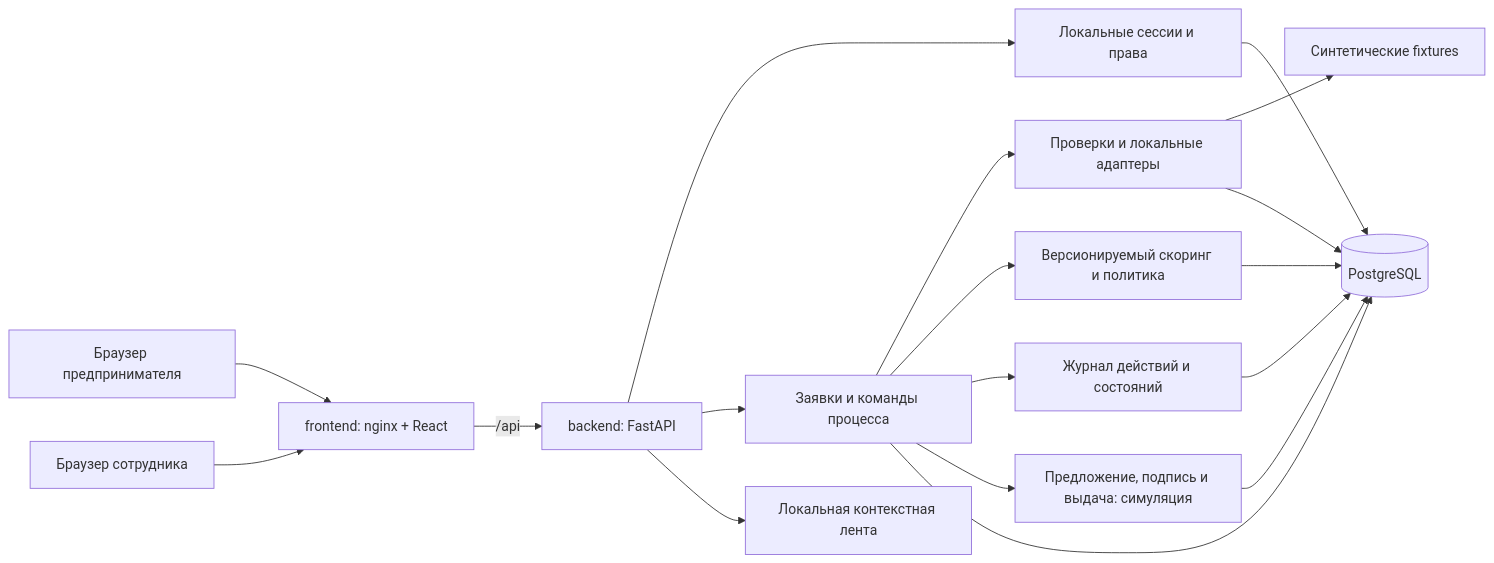
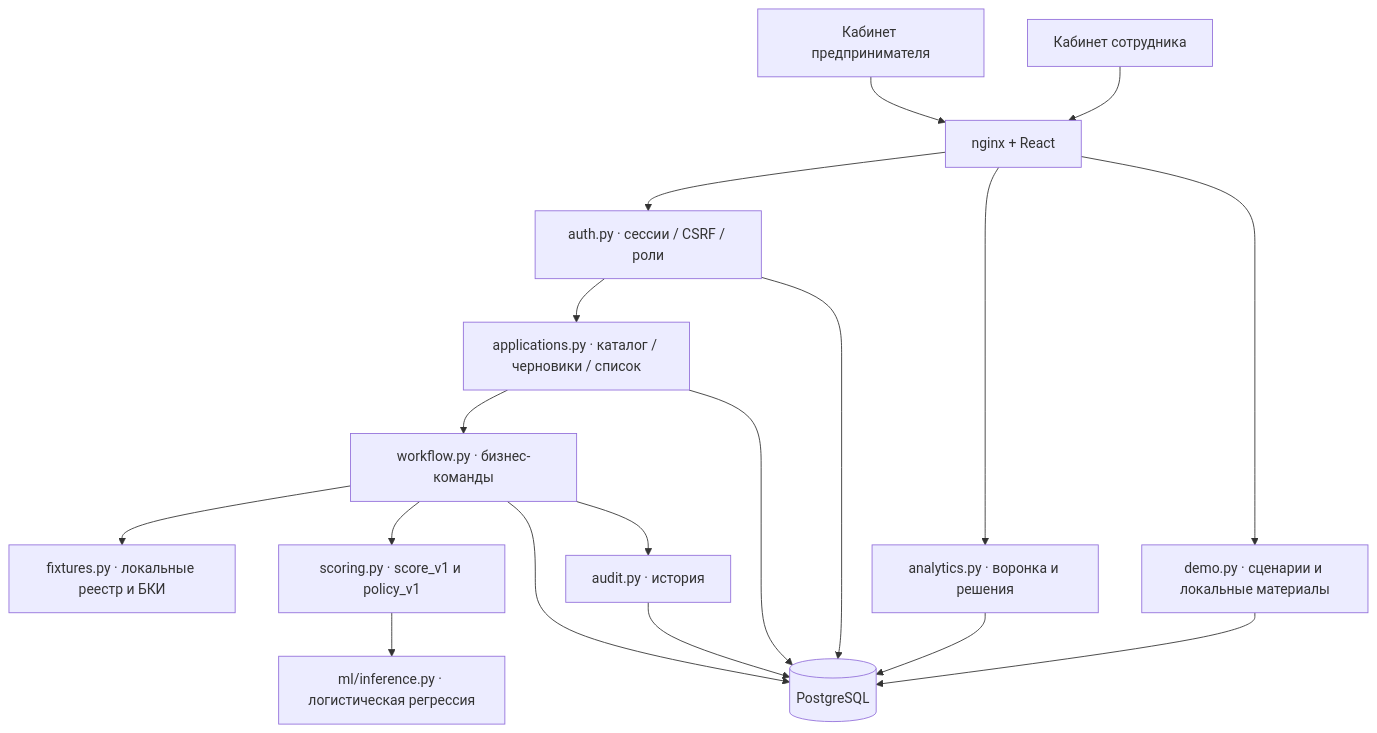
One commit to StudentSK0/credit-pilot changed the diagram in docs/architecture.md. Above: the diagram before and after it, drawn with Mermaid. The commit also changed other lines of this file and 83 other files, not shown here.

````diff
--- a/docs/architecture.md
+++ b/docs/architecture.md
@@ -31,20 +8,20 @@
 ```mermaid
-flowchart LR
-    C[Браузер предпринимателя] --> W[frontend: nginx + React]
-    B[Браузер сотрудника] --> W
-    W -->|/api| API[backend: FastAPI]
-    API --> AUTH[Локальные сессии и права]
-    API --> APP[Заявки и команды процесса]
-    APP --> CHECK[Проверки и локальные адаптеры]
-    CHECK --> FIX[Синтетические fixtures]
-    APP --> SCORE[Версионируемый скоринг и политика]
-    APP --> AUDIT[Журнал действий и состояний]
-    APP --> DOC[Предложение, подпись и выдача: симуляция]
-    API --> FEED[Локальная контекстная лента]
-    AUTH --> DB[(PostgreSQL)]
-    APP --> DB
-    CHECK --> DB
-    SCORE --> DB
-    AUDIT --> DB
-    DOC --> DB
+flowchart TB
+  Client[Кабинет предпринимателя] --> Web[nginx + React]
+  Bank[Кабинет сотрудника] --> Web
+  Web --> Auth[auth.py · сессии / CSRF / роли]
+  Auth --> App[applications.py · каталог / черновики / список]
+  App --> Flow[workflow.py · бизнес-команды]
+  Flow --> Fixtures[fixtures.py · локальные реестр и БКИ]
+  Flow --> Score[scoring.py · score_v1 и policy_v1]
+  Score --> ML[ml/inference.py · логистическая регрессия]
+  Flow --> Audit[audit.py · история]
+  Flow --> DB[(PostgreSQL)]
+  Audit --> DB
+  App --> DB
+  Auth --> DB
+  Reports[analytics.py · воронка и решения] --> DB
+  Web --> Reports
+  Web --> Demo[demo.py · сценарии и локальные материалы]
+  Demo --> DB
 ```
````
